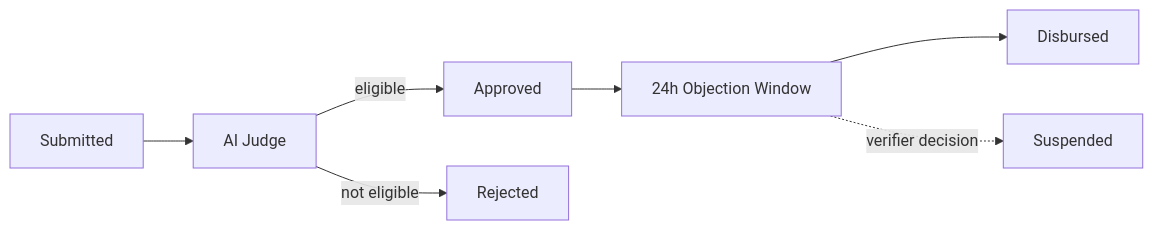
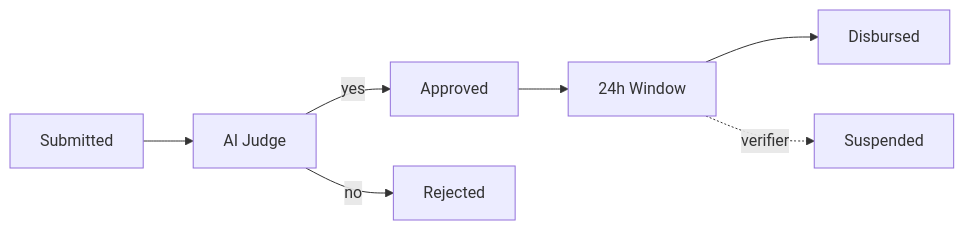
Before and after one commit to tronic21-ctrl/bansoschain: the first of 2 diagrams in README.md, drawn with Mermaid. The commit also changed other lines of this file, not shown here.

````diff
--- a/README.md
+++ b/README.md
@@ -21,9 +29,9 @@
 ```mermaid
 flowchart LR
     A[Submitted] --> B[AI Judge]
-    B -->|eligible| C[Approved]
-    B -->|not eligible| X[Rejected]
-    C --> D[24h Objection Window]
+    B -->|yes| C[Approved]
+    B -->|no| X[Rejected]
+    C --> D[24h Window]
     D --> E[Disbursed]
-    D -.->|verifier decision| F[Suspended]
+    D -.->|verifier| F[Suspended]
 ```
````
